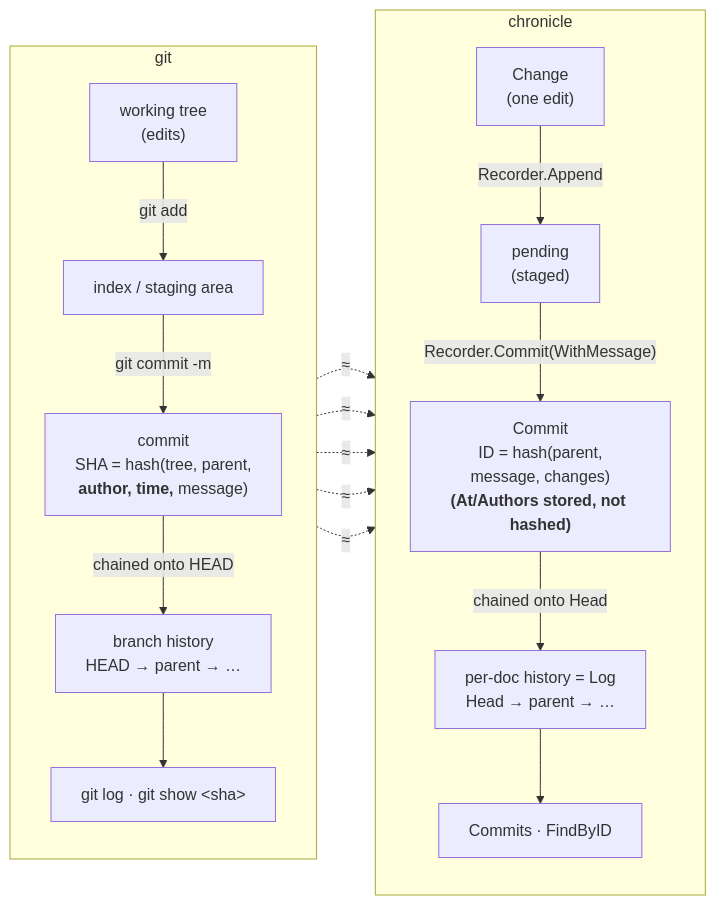
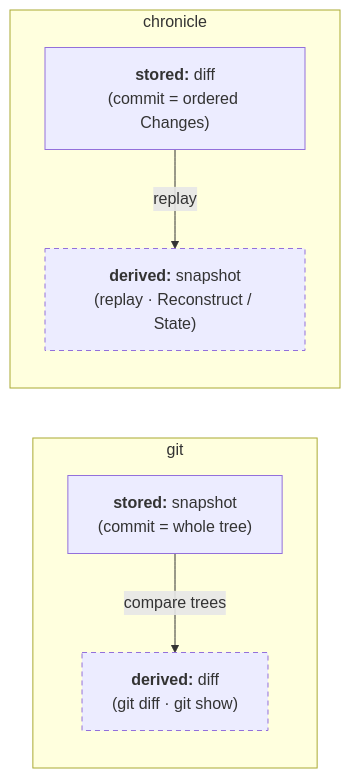
The diagram in docs/model.md (zdirnecamlcs96/chronicle), drawn with Mermaid before and after one commit. The commit also changed other lines of this file and 77 other files, not shown here.

````diff
--- a/docs/model.md
+++ b/docs/model.md
@@ -12,34 +17,18 @@
 ```mermaid
+%% alt: The inversion, side by side. git stores snapshots — a commit holds a whole tree — and derives diffs on demand (git diff, git show). chronicle stores diffs — a commit holds an ordered list of Changes — and derives state by replaying them (Reconstruct / State). Same two nouns, opposite arrows: what git computes is what chronicle stores, and vice versa.
 flowchart LR
     subgraph GIT["git"]
-        direction TB
-        G1["working tree<br/>(edits)"]
-        G2["index / staging area"]
-        G3["commit<br/>SHA = hash(tree, parent,<br/><b>author, time,</b> message)"]
-        G4["branch history<br/>HEAD → parent → …"]
-        G5["git log · git show &lt;sha&gt;"]
-        G1 -->|git add| G2
-        G2 -->|git commit -m| G3
-        G3 -->|chained onto HEAD| G4
-        G4 --> G5
+        GS["<b>stored:</b> snapshot<br/>(commit = whole tree)"]
+        GD["<b>derived:</b> diff<br/>(git diff · git show)"]
+        GS -->|compare trees| GD
     end
 
     subgraph CL["chronicle"]
-        direction TB
-        C1["Change<br/>(one edit)"]
-        C2["pending<br/>(staged)"]
-        C3["Commit<br/>ID = hash(parent,<br/>message, changes)<br/><b>(At/Authors stored, not hashed)</b>"]
-        C4["per-doc history = Log<br/>Head → parent → …"]
-        C5["Commits · FindByID"]
-        C1 -->|Recorder.Append| C2
-        C2 -->|"Recorder.Commit(WithMessage)"| C3
-        C3 -->|chained onto Head| C4
-        C4 --> C5
+        CD["<b>stored:</b> diff<br/>(commit = ordered Changes)"]
+        CS["<b>derived:</b> snapshot<br/>(replay · Reconstruct / State)"]
+        CD -->|replay| CS
     end
 
-    G1 -.->|≈| C1
-    G2 -.->|≈| C2
-    G3 -.->|≈| C3
-    G4 -.->|≈| C4
-    G5 -.->|≈| C5
+    classDef derived stroke-dasharray: 5 4
+    class GD,CS derived
 ```
````
